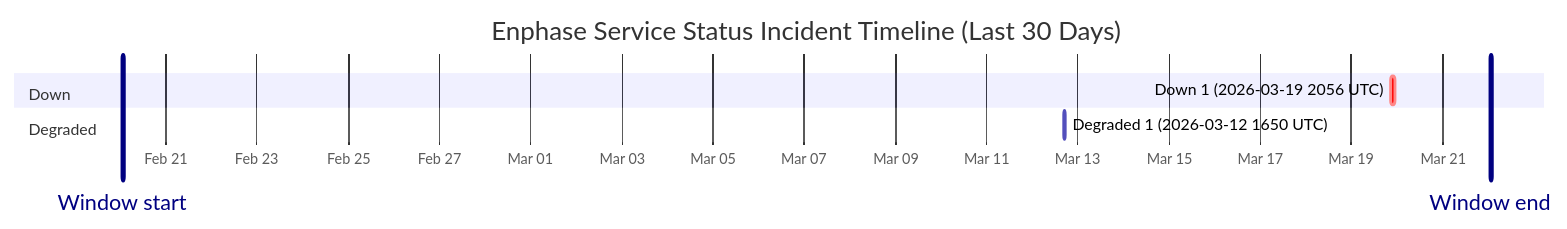
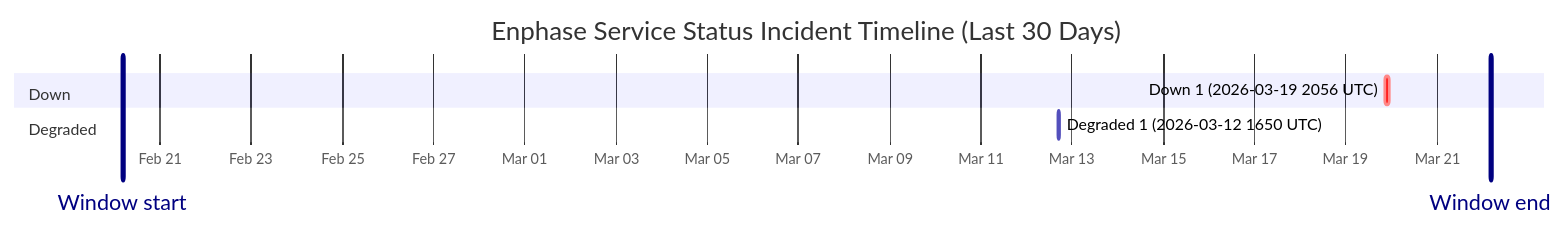
Before and after one commit to barneyonline/ha-enphase-ev-charger: the diagram in wiki/Service-Status-History.md, drawn with Mermaid. The commit also changed other lines of this file and 3 other files, not shown here.

````diff
--- a/wiki/Service-Status-History.md
+++ b/wiki/Service-Status-History.md
@@ -14,12 +14,12 @@
 ```mermaid
 gantt
     title Enphase Service Status Incident Timeline (Last 30 Days)
     dateFormat  YYYY-MM-DDTHH:mm:ss
     axisFormat  %b %d
-    Window start :vert, window-start, 2026-02-20T01:19:07, 0ms
-    Window end :vert, window-end, 2026-03-22T01:19:07, 0ms
+    Window start :vert, window-start, 2026-02-20T04:11:00, 0ms
+    Window end :vert, window-end, 2026-03-22T04:11:00, 0ms
     section Down
     Down 1 (2026-03-19 2056 UTC) :crit, down-1, 2026-03-19T20:56:20, 145m
     section Degraded
     Degraded 1 (2026-03-12 1650 UTC) :active, degraded-1, 2026-03-12T16:50:43, 60m
 ```
````
